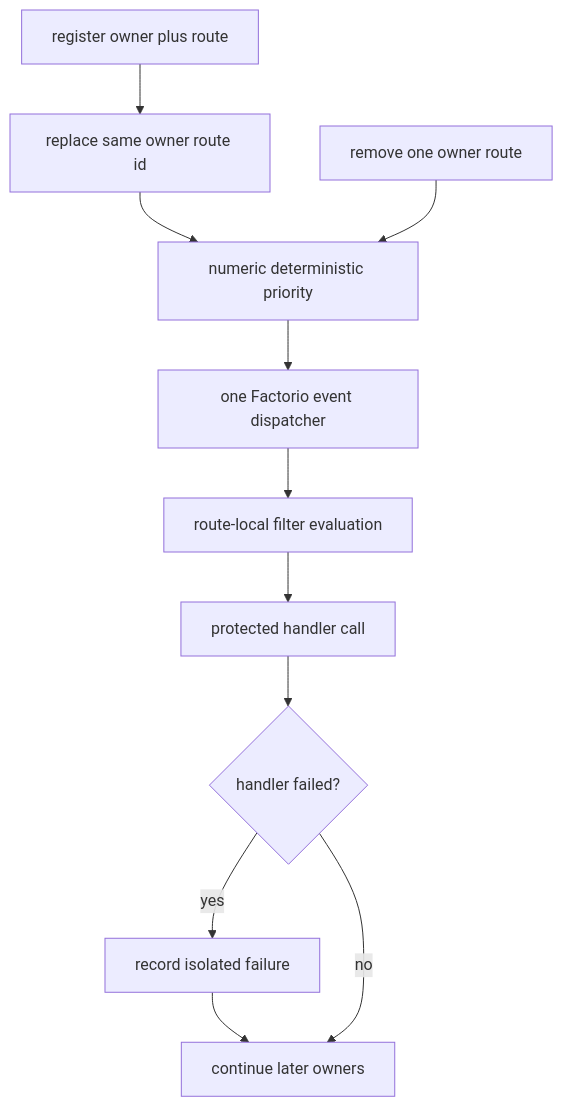
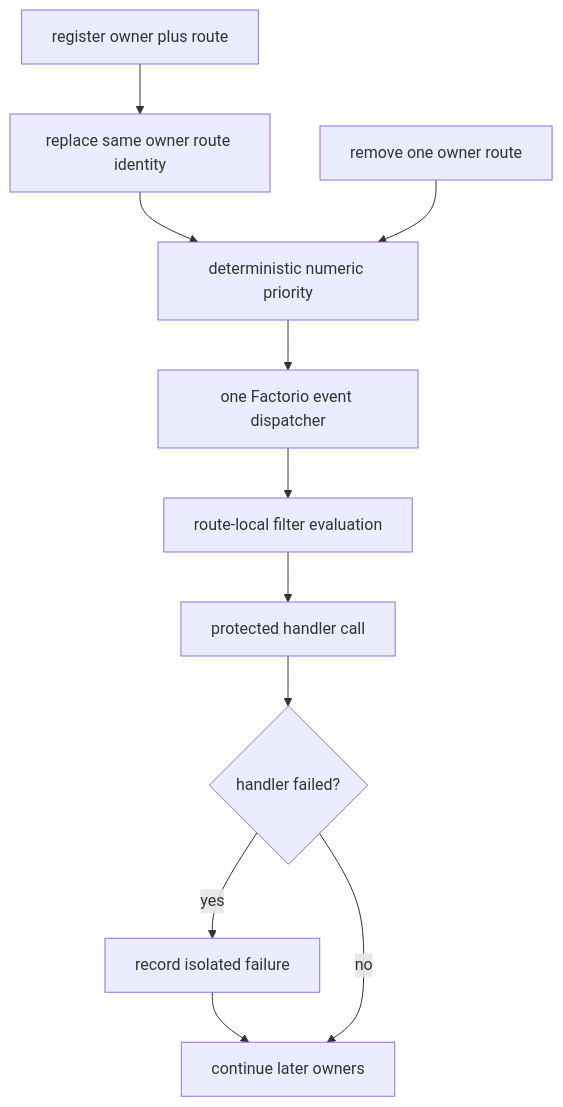
Before and after one commit to mrcalzon02/Tech-Priests: the eighth of 15 diagrams in docs/RECOVERY_AUTHORITY_MAP_CURRENT.md, drawn with Mermaid. The commit also changed other lines of this file, not shown here.

````diff
--- a/docs/RECOVERY_AUTHORITY_MAP_CURRENT.md
+++ b/docs/RECOVERY_AUTHORITY_MAP_CURRENT.md
@@ -201,18 +226,18 @@
 ```mermaid
 flowchart TD
     Register[register owner plus route]
-    Upsert[replace same owner route id]
-    Sort[numeric deterministic priority]
+    Upsert[replace same owner route identity]
+    Sort[deterministic numeric priority]
     Dispatch[one Factorio event dispatcher]
     Filter[route-local filter evaluation]
     Call[protected handler call]
-    Error{handler failed?}
+    Failed{handler failed?}
     Record[record isolated failure]
     Continue[continue later owners]
     Remove[remove one owner route]
 
-    Register --> Upsert --> Sort --> Dispatch --> Filter --> Call --> Error
-    Error -- yes --> Record --> Continue
-    Error -- no --> Continue
+    Register --> Upsert --> Sort --> Dispatch --> Filter --> Call --> Failed
+    Failed -- yes --> Record --> Continue
+    Failed -- no --> Continue
     Remove --> Sort
 ```
````
